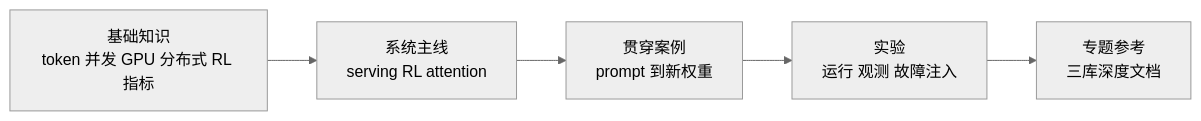
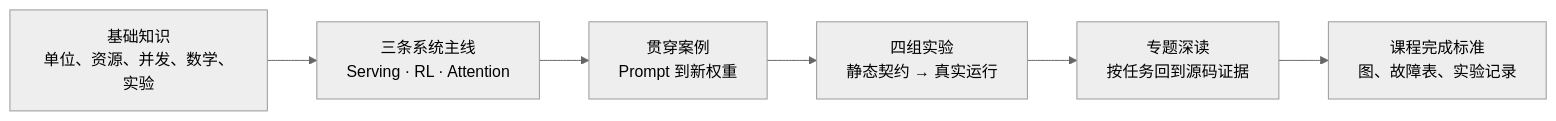
Before and after one commit to OnlyHero5/sglang-reading-vault: the diagram in AI-Infra课程/AI-Infra入门课程.md, drawn with Mermaid (neutral theme). The commit also changed other lines of this file and 512 other files, not shown here.

````diff
--- a/AI-Infra课程/AI-Infra入门课程.md
+++ b/AI-Infra课程/AI-Infra入门课程.md
@@ -35,9 +43,10 @@
 ```mermaid
 flowchart LR
-    F["基础知识<br/>token 并发 GPU 分布式 RL 指标"]
-    S["系统主线<br/>serving RL attention"]
-    C["贯穿案例<br/>prompt 到新权重"]
-    L["实验<br/>运行 观测 故障注入"]
-    R["专题参考<br/>三库深度文档"]
-    F --> S --> C --> L --> R
+    F["基础知识<br/>单位、资源、并发、数学、实验"]
+    S["三条系统主线<br/>Serving · RL · Attention"]
+    C["贯穿案例<br/>Prompt 到新权重"]
+    L["四组实验<br/>静态契约 → 真实运行"]
+    R["专题深读<br/>按任务回到源码证据"]
+    E["课程完成标准<br/>图、故障表、实验记录"]
+    F --> S --> C --> L --> R --> E
 ```
````
